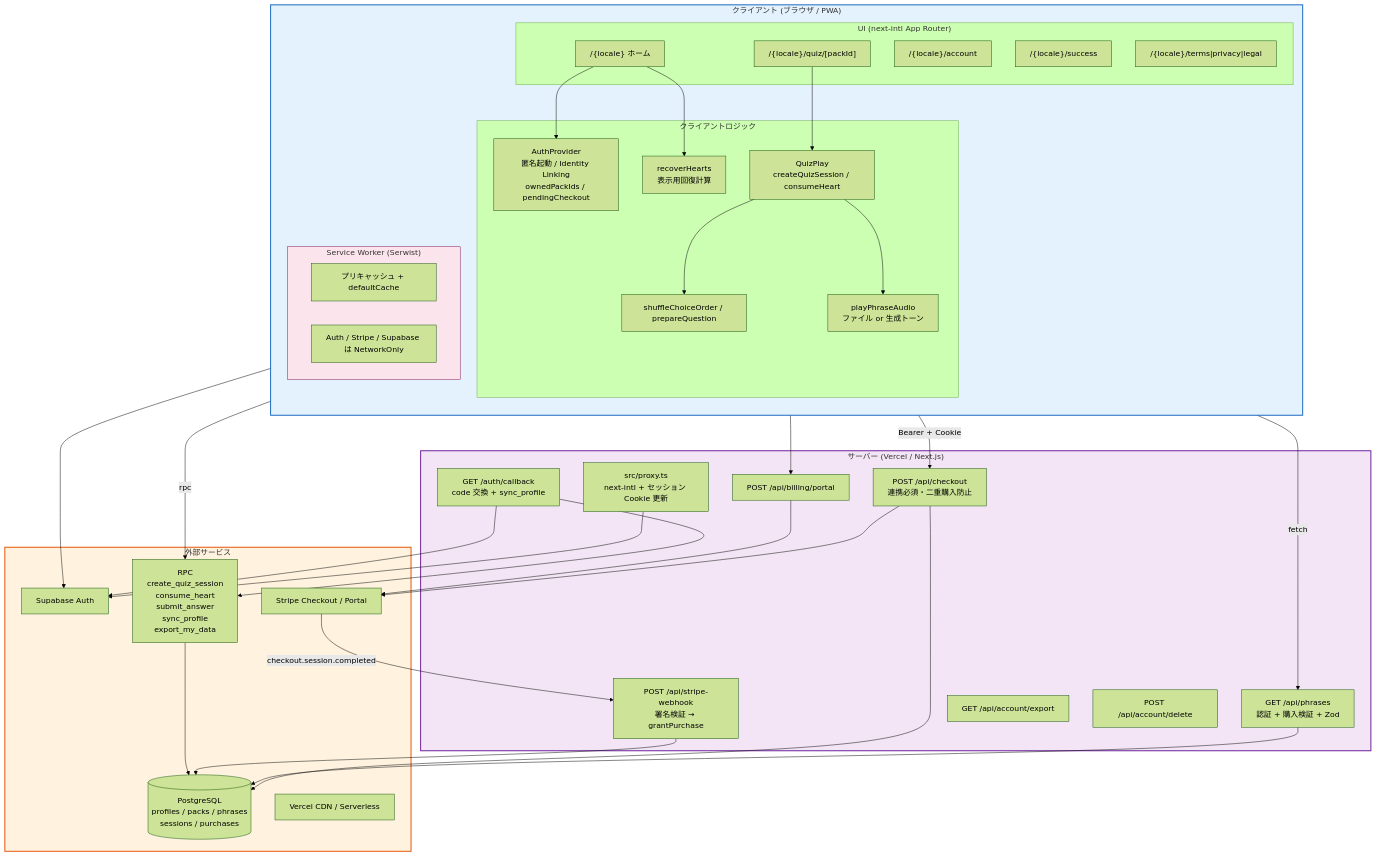
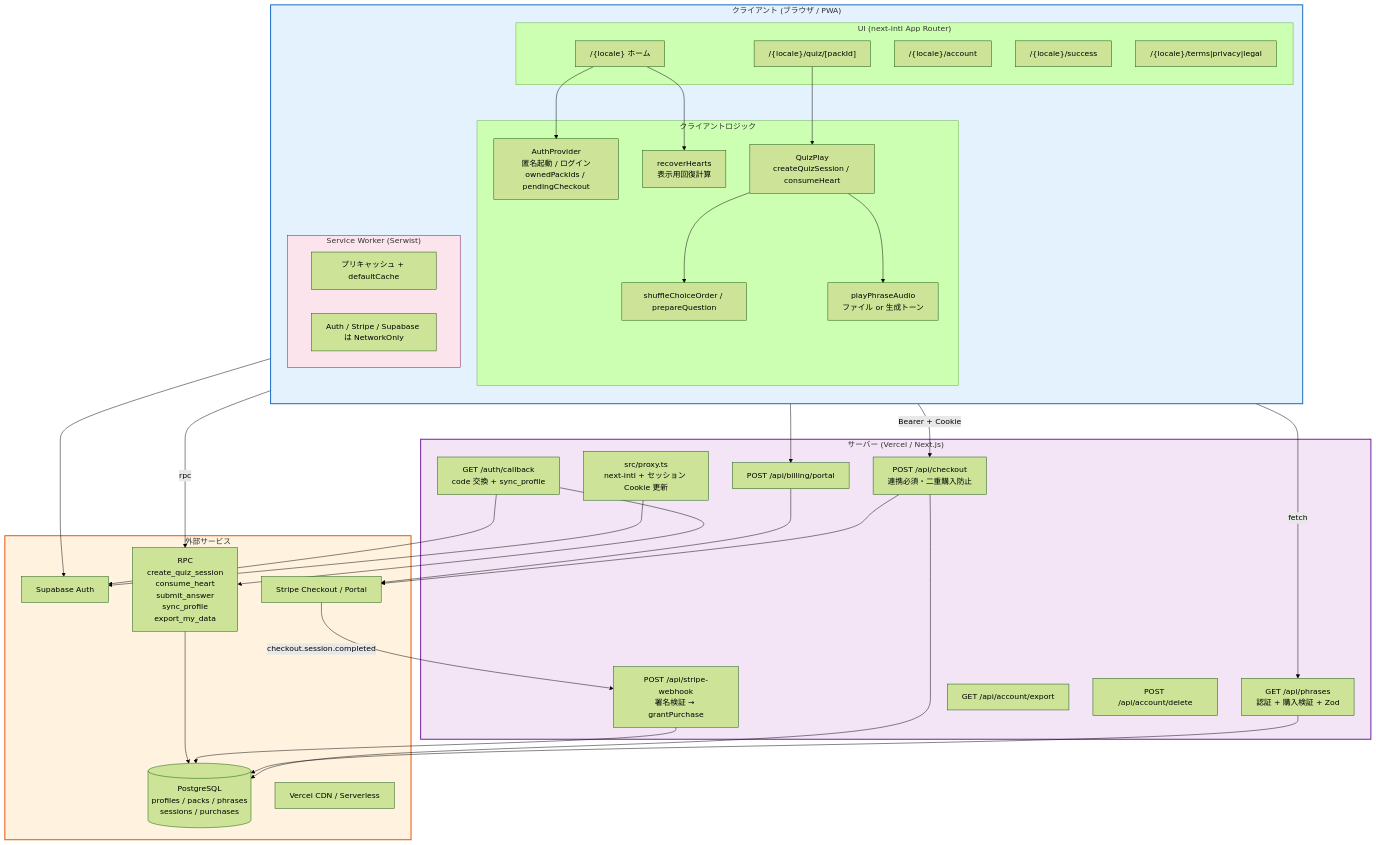
The first of 3 diagrams in docs/design/2_architecture.md (atosantasan/japanki), drawn with Mermaid (forest theme) before and after one commit. The commit also changed other lines of this file and 19 other files, not shown here.

````diff
--- a/docs/design/2_architecture.md
+++ b/docs/design/2_architecture.md
@@ -31,72 +31,72 @@
 ```mermaid
 graph TD
     subgraph Client ["クライアント (ブラウザ / PWA)"]
         direction TB
         subgraph UI ["UI (next-intl App Router)"]
             P_Home["/{locale} ホーム"]
             P_Quiz["/{locale}/quiz/[packId]"]
             P_Account["/{locale}/account"]
             P_Success["/{locale}/success"]
             P_Legal["/{locale}/terms|privacy|legal"]
         end
 
         subgraph Logic ["クライアントロジック"]
-            L_Auth["AuthProvider\n匿名起動 / Identity Linking\nownedPackIds / pendingCheckout"]
+            L_Auth["AuthProvider\n匿名起動 / ログイン\nownedPackIds / pendingCheckout"]
             L_Quiz["QuizPlay\ncreateQuizSession / consumeHeart"]
             L_Shuffle["shuffleChoiceOrder / prepareQuestion"]
             L_Audio["playPhraseAudio\nファイル or 生成トーン"]
             L_Hearts["recoverHearts\n表示用回復計算"]
         end
 
         subgraph SW ["Service Worker (Serwist)"]
             Cache["プリキャッシュ + defaultCache"]
             Bypass["Auth / Stripe / Supabase は NetworkOnly"]
         end
     end
 
     subgraph Server ["サーバー (Vercel / Next.js)"]
         Proxy["src/proxy.ts\nnext-intl + セッション Cookie 更新"]
         R_Phrases["GET /api/phrases\n認証 + 購入検証 + Zod"]
         R_Checkout["POST /api/checkout\n連携必須・二重購入防止"]
         R_Webhook["POST /api/stripe-webhook\n署名検証 → grantPurchase"]
         R_Portal["POST /api/billing/portal"]
         R_Export["GET /api/account/export"]
         R_Delete["POST /api/account/delete"]
         R_Callback["GET /auth/callback\ncode 交換 + sync_profile"]
     end
 
     subgraph External ["外部サービス"]
         SB_Auth["Supabase Auth"]
         SB_DB[("PostgreSQL\nprofiles / packs / phrases\nsessions / purchases")]
         SB_RPC["RPC\ncreate_quiz_session\nconsume_heart\nsubmit_answer\nsync_profile\nexport_my_data"]
         Stripe_API["Stripe Checkout / Portal"]
         Vercel["Vercel CDN / Serverless"]
     end
 
     P_Home --> L_Auth
     P_Quiz --> L_Quiz
     L_Quiz --> L_Shuffle
     L_Quiz --> L_Audio
     P_Home --> L_Hearts
     L_Quiz -->|"rpc"| SB_RPC
     L_Quiz -->|"fetch"| R_Phrases
     L_Auth -->|"Bearer + Cookie"| R_Checkout
     L_Auth --> SB_Auth
     P_Account --> R_Portal
 
     Proxy --> SB_Auth
     R_Phrases --> SB_DB
     R_Checkout --> Stripe_API
     R_Checkout --> SB_DB
     R_Webhook --> SB_DB
     R_Portal --> Stripe_API
     R_Callback --> SB_Auth
     R_Callback --> SB_RPC
     Stripe_API -->|"checkout.session.completed"| R_Webhook
     SB_RPC --> SB_DB
 
     style Client fill:#e3f2fd,stroke:#1565c0,stroke-width:2px
     style Server fill:#f3e5f5,stroke:#6a1b9a,stroke-width:2px
     style External fill:#fff3e0,stroke:#e65100,stroke-width:2px
     style SW fill:#fce4ec,stroke:#880e4f,stroke-width:1px
 ```
````
